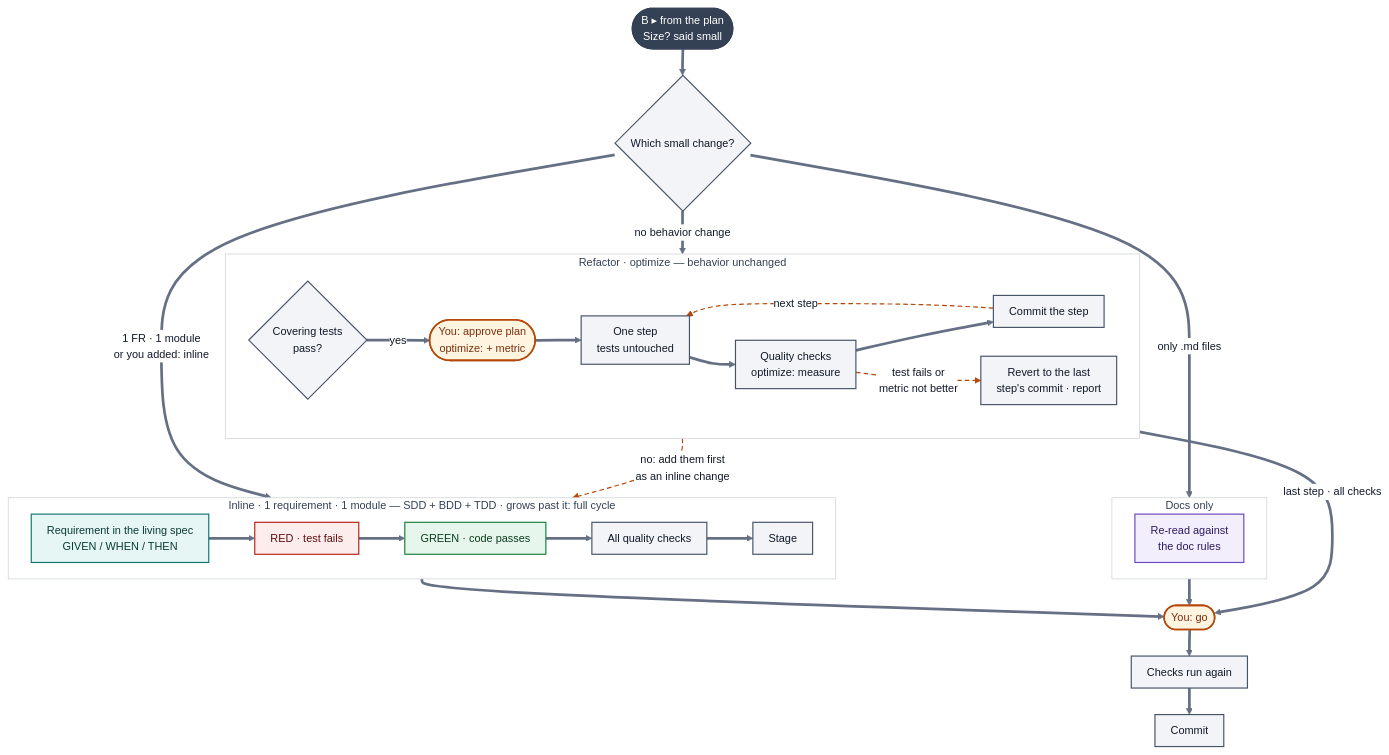
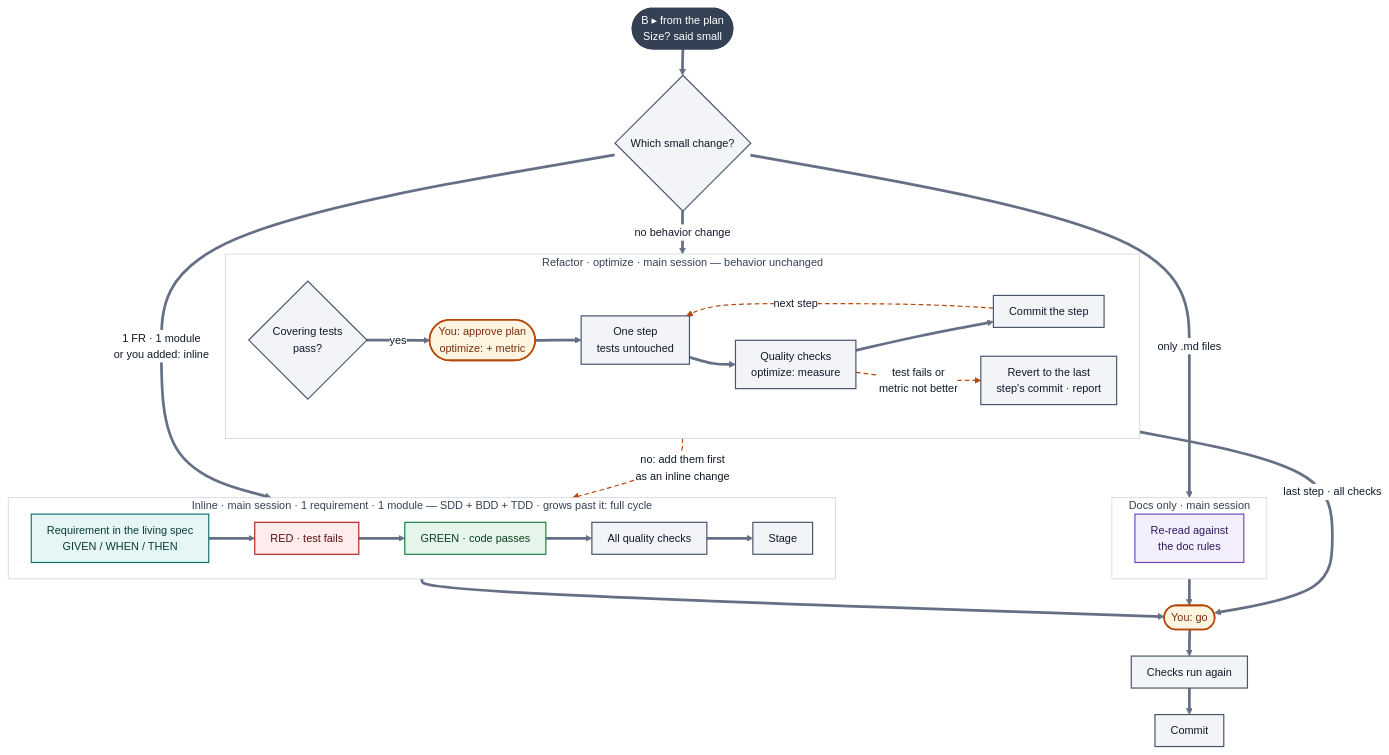
One commit to stevenhdz/spec-driven-development changed the third of 3 diagrams in README.md. Above: the diagram before and after it, drawn with Mermaid. The commit also changed other lines of this file, not shown here.

Commit message:
docs: flow diagrams show who runs each step

````diff
--- a/README.md
+++ b/README.md
@@ -177,50 +216,50 @@
 ```mermaid
 %%{init: {"theme": "base", "themeVariables": {"fontFamily": "-apple-system, BlinkMacSystemFont, Segoe UI, Noto Sans, Helvetica, Arial, sans-serif", "fontSize": "14px", "lineColor": "#667085", "primaryTextColor": "#101828", "clusterBkg": "#FFFFFF", "clusterBorder": "#D0D5DD", "edgeLabelBackground": "#FFFFFF", "titleColor": "#344054"}, "flowchart": {"curve": "basis", "nodeSpacing": 22, "rankSpacing": 34, "padding": 10}}}%%
 flowchart TB
     FB(["B ▸ from the plan<br>Size? said small"]):::conn
     SZ{"Which small change?"}:::auto
     FB ==> SZ
-    subgraph IN ["Inline · 1 requirement · 1 module — SDD + BDD + TDD · grows past it: full cycle"]
+    subgraph IN ["Inline · main session · 1 requirement · 1 module — SDD + BDD + TDD · grows past it: full cycle"]
         direction LR
         E["Requirement in the living spec<br>GIVEN / WHEN / THEN"]:::bdd
         TR["RED · test fails"]:::red
         TG["GREEN · code passes"]:::green
         F["All quality checks"]:::auto
         FS["Stage"]:::auto
         E ==> TR ==> TG ==> F ==> FS
     end
-    subgraph RF ["Refactor · optimize — behavior unchanged"]
+    subgraph RF ["Refactor · optimize · main session — behavior unchanged"]
         direction LR
         RT{"Covering tests<br>pass?"}:::auto
         RP(["You: approve plan<br>optimize: + metric"]):::human
         RS["One step<br>tests untouched"]:::auto
         RC["Quality checks<br>optimize: measure"]:::auto
         RK["Commit the step"]:::auto
         RB["Revert to the last<br>step's commit · report"]:::auto
         RT ==>|yes| RP ==> RS ==> RC ==> RK
         RK -.->|next step| RS
         RC -.->|"test fails or<br>metric not better"| RB
     end
-    subgraph DC ["Docs only"]
+    subgraph DC ["Docs only · main session"]
         DO["Re-read against<br>the doc rules"]:::sdd
     end
     SZ ==>|"1 FR · 1 module<br>or you added: inline"| IN
     SZ ==>|"no behavior change"| RF
     SZ ==>|"only .md files"| DC
     RT -.->|"no: add them first<br>as an inline change"| IN
     IN ==> G(["You: go"]):::human
     RF ==>|"last step · all checks"| G
     DC ==> G
     G ==> HK["Checks run again"]:::auto
     HK ==> K["Commit"]:::auto
     classDef research fill:#EAF0FB,stroke:#3B5BA9,stroke-width:1.5px,color:#1E2A44
     classDef sdd fill:#F3EEFC,stroke:#6B46C1,stroke-width:1.5px,color:#2E1A5E
     classDef bdd fill:#E6F6F4,stroke:#0F766E,stroke-width:1.5px,color:#0B3B36
     classDef red fill:#FDECEC,stroke:#B42318,stroke-width:1.5px,color:#5C1010
     classDef green fill:#E7F6EC,stroke:#15803D,stroke-width:1.5px,color:#0B3D1E
     classDef auto fill:#F2F4F7,stroke:#475467,stroke-width:1.5px,color:#101828
     classDef human fill:#FFF4E0,stroke:#B54708,stroke-width:2px,color:#7A2E0E
     classDef note fill:#FFFFFF,stroke:#B54708,stroke-width:1px,stroke-dasharray:4 3,color:#7A2E0E
     classDef conn fill:#344054,stroke:#344054,stroke-width:1.5px,color:#FFFFFF
     linkStyle 9,10,14 stroke:#B54708,stroke-width:1.5px,stroke-dasharray:6 4
 ```
````
